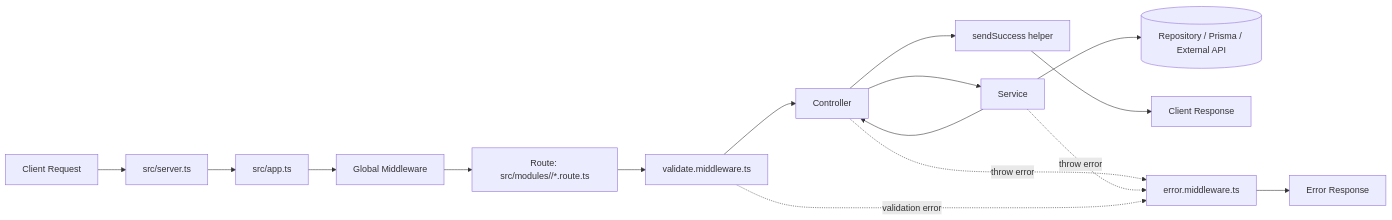
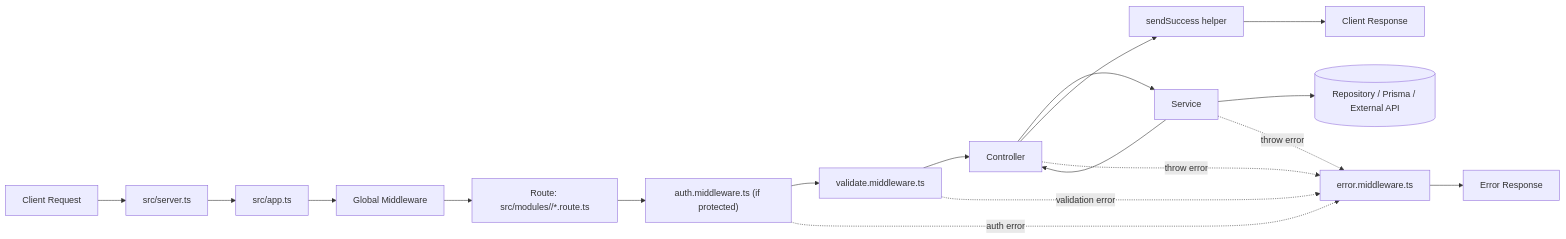
The diagram in backend/docs/JUNIOR_KT_GUIDE.md (dushyantsingh123/srlp), drawn with Mermaid before and after one commit. The commit also changed 8 other files, not shown here.

Commit message:
protetced route and auth middleware and type

````diff
--- a/backend/docs/JUNIOR_KT_GUIDE.md
+++ b/backend/docs/JUNIOR_KT_GUIDE.md
@@ -27,18 +27,20 @@
 ```mermaid
 flowchart LR
   A[Client Request] --> B[src/server.ts]
   B --> C[src/app.ts]
   C --> D[Global Middleware]
   D --> E[Route: src/modules/<feature>/*.route.ts]
-  E --> F[validate.middleware.ts]
-  F --> G[Controller]
-  G --> H[Service]
-  H --> I[(Repository / Prisma / External API)]
-  H --> G
-  G --> J[sendSuccess helper]
-  J --> K[Client Response]
-  G -. throw error .-> L[error.middleware.ts]
-  H -. throw error .-> L
-  F -. validation error .-> L
-  L --> M[Error Response]
+  E --> F["auth.middleware.ts (if protected)"]
+  F --> G[validate.middleware.ts]
+  G --> H[Controller]
+  H --> I[Service]
+  I --> J[(Repository / Prisma / External API)]
+  I --> H
+  H --> K[sendSuccess helper]
+  K --> L[Client Response]
+  H -. throw error .-> M[error.middleware.ts]
+  I -. throw error .-> M
+  F -. auth error .-> M
+  G -. validation error .-> M
+  M --> N[Error Response]
 ```
````
